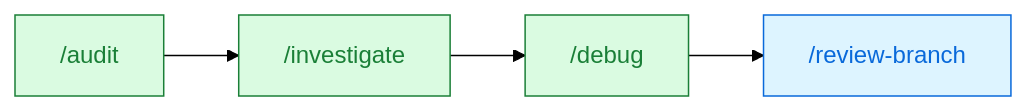
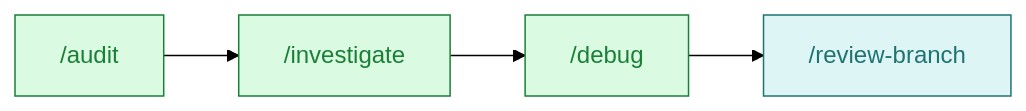
The fourth of 9 diagrams in README.md (DoctorMozg/claude-pipelines), drawn with Mermaid (forest theme) before and after one commit. The commit also changed other lines of this file and 39 other files, not shown here.

````diff
--- a/README.md
+++ b/README.md
@@ -69,8 +69,8 @@
 ```mermaid
 flowchart LR
     A["/audit"]:::pipe --> B["/investigate"]:::pipe
     B --> C["/debug"]:::pipe
-    C --> D["/review-branch"]:::base
-    classDef base fill:#ddf4ff,stroke:#0969da,color:#0969da
+    C --> D["/review-branch"]:::git
     classDef pipe fill:#dafbe1,stroke:#1a7f37,color:#1a7f37
+    classDef git fill:#ddf6f5,stroke:#1f7373,color:#1f7373
 ```
````
